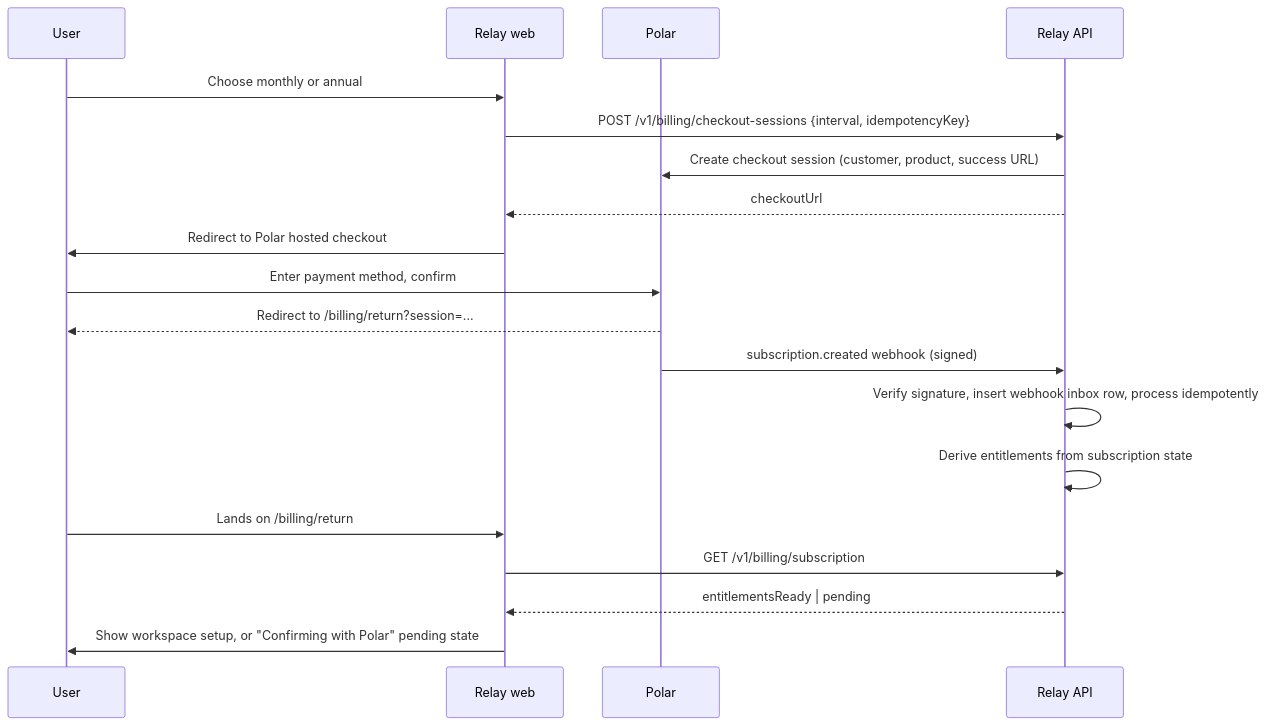
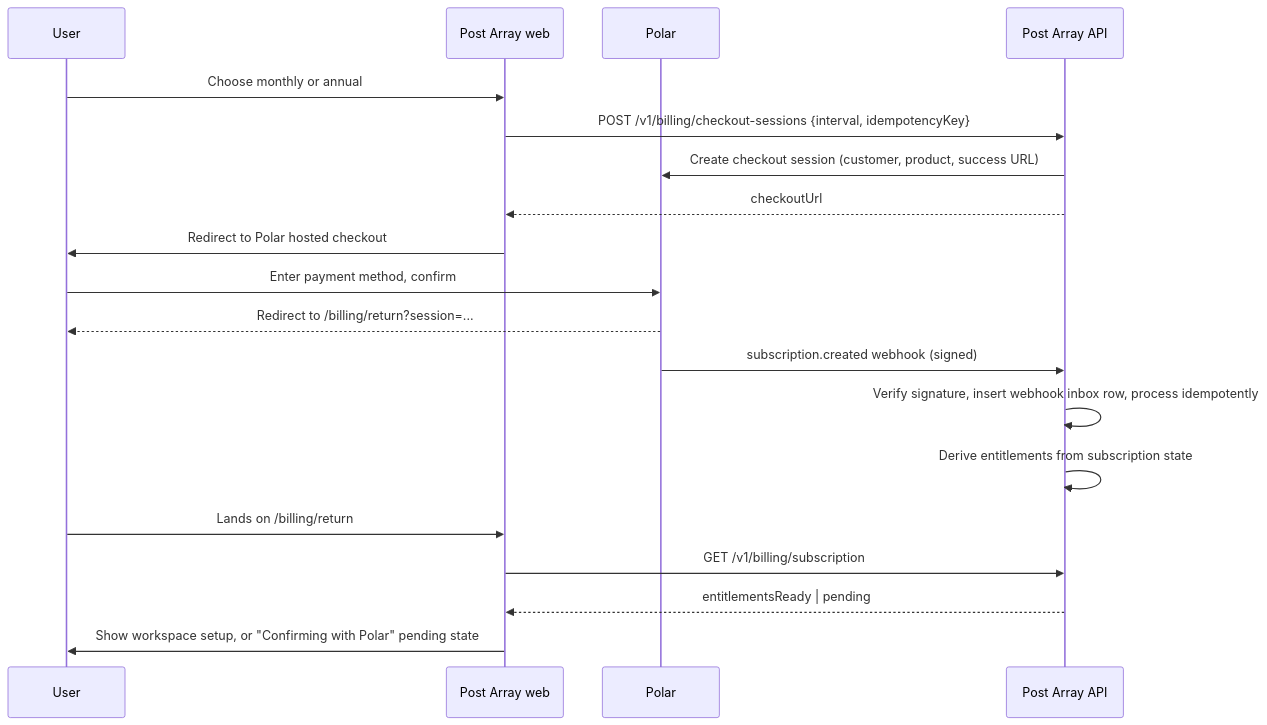
Before and after one commit to VinD22/postarray: the diagram in docs/planning/08-billing-entitlements-and-economics.md, drawn with Mermaid. The commit also changed other lines of this file and 59 other files, not shown here.

````diff
--- a/docs/planning/08-billing-entitlements-and-economics.md
+++ b/docs/planning/08-billing-entitlements-and-economics.md
@@ -189,21 +189,21 @@
 ```mermaid
 sequenceDiagram
   participant U as User
-  participant W as Relay web
+  participant W as Post Array web
   participant P as Polar
-  participant A as Relay API
+  participant A as Post Array API
   U->>W: Choose monthly or annual
   W->>A: POST /v1/billing/checkout-sessions {interval, idempotencyKey}
   A->>P: Create checkout session (customer, product, success URL)
   A-->>W: checkoutUrl
   W->>U: Redirect to Polar hosted checkout
   U->>P: Enter payment method, confirm
   P-->>U: Redirect to /billing/return?session=...
   P->>A: subscription.created webhook (signed)
   A->>A: Verify signature, insert webhook inbox row, process idempotently
   A->>A: Derive entitlements from subscription state
   U->>W: Lands on /billing/return
   W->>A: GET /v1/billing/subscription
   A-->>W: entitlementsReady | pending
   W->>U: Show workspace setup, or "Confirming with Polar" pending state
 ```
````
